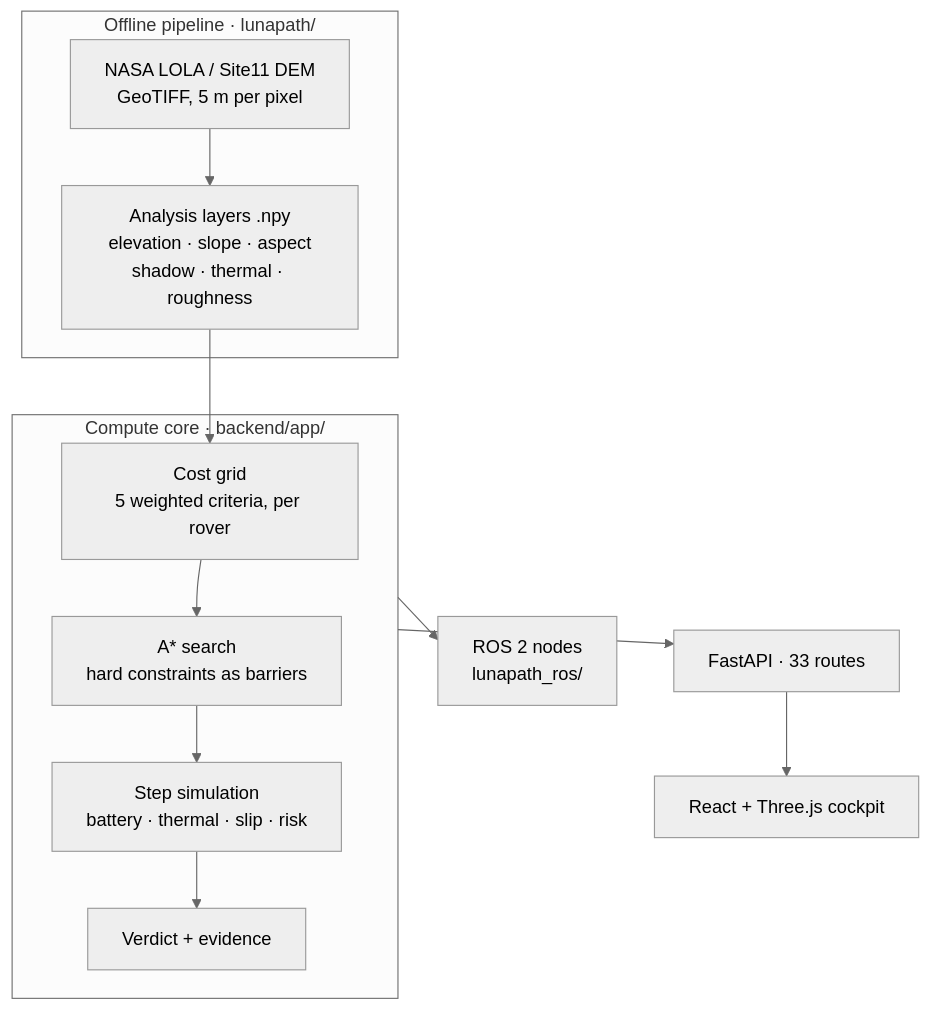
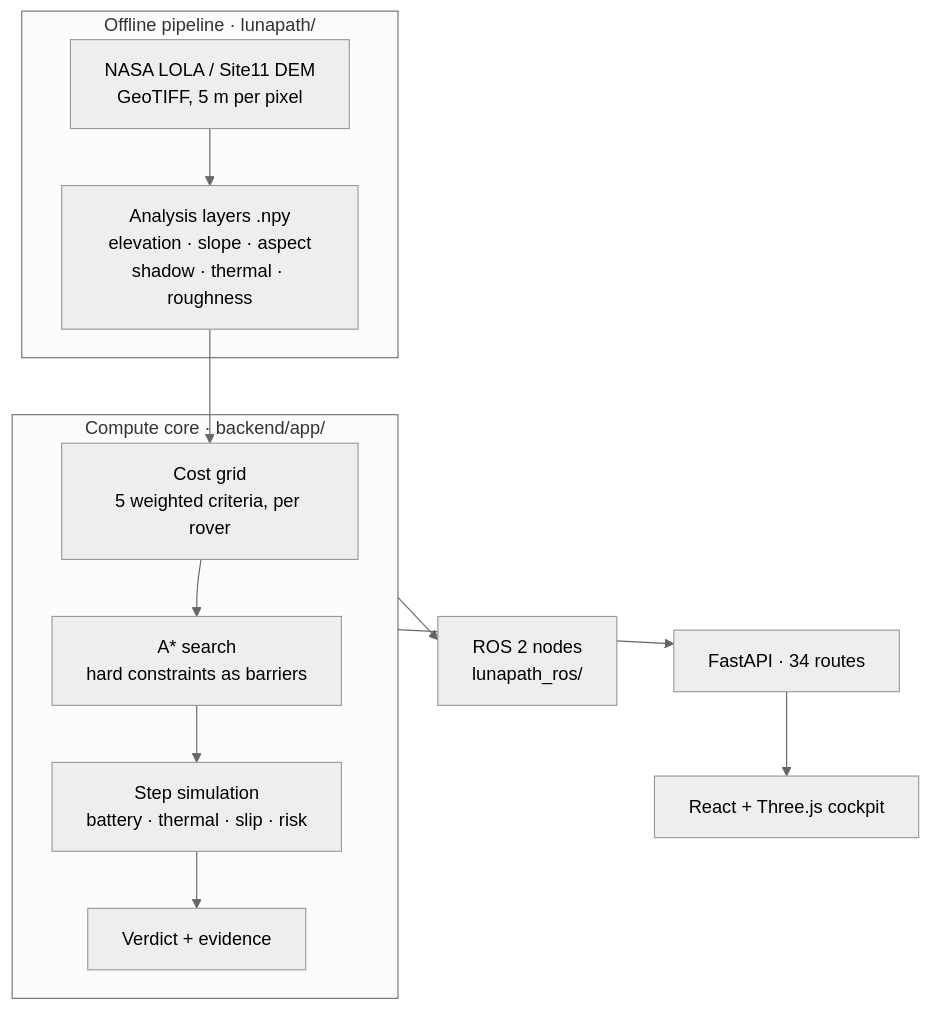
One commit to ahmetkrkyn0/ASTROHackathon changed the diagram in README.md. Above: the diagram before and after it, drawn with Mermaid (neutral theme). The commit also changed other lines of this file and 20 other files, not shown here.

````diff
--- a/README.md
+++ b/README.md
@@ -204,18 +204,18 @@
 ```mermaid
 flowchart TB
     subgraph P1["Offline pipeline · lunapath/"]
         DEM["NASA LOLA / Site11 DEM<br/>GeoTIFF, 5 m per pixel"]
         DEM --> GRIDS["Analysis layers .npy<br/>elevation · slope · aspect<br/>shadow · thermal · roughness"]
     end
 
     subgraph CORE["Compute core · backend/app/"]
         GRIDS --> COST["Cost grid<br/>5 weighted criteria, per rover"]
         COST --> ASTAR["A* search<br/>hard constraints as barriers"]
         ASTAR --> SIM["Step simulation<br/>battery · thermal · slip · risk"]
         SIM --> VERDICT["Verdict + evidence"]
     end
 
-    CORE --> API["FastAPI · 33 routes"]
+    CORE --> API["FastAPI · 34 routes"]
     CORE --> ROS["ROS 2 nodes<br/>lunapath_ros/"]
     API --> UI["React + Three.js cockpit"]
 ```
````
